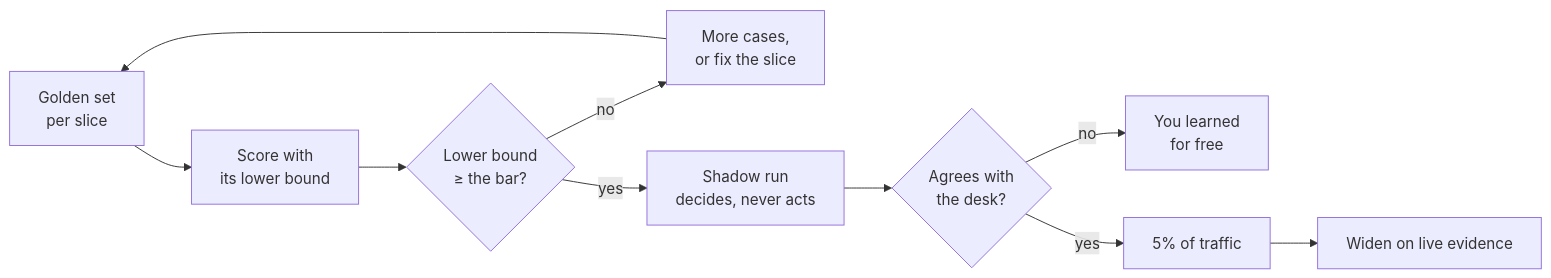
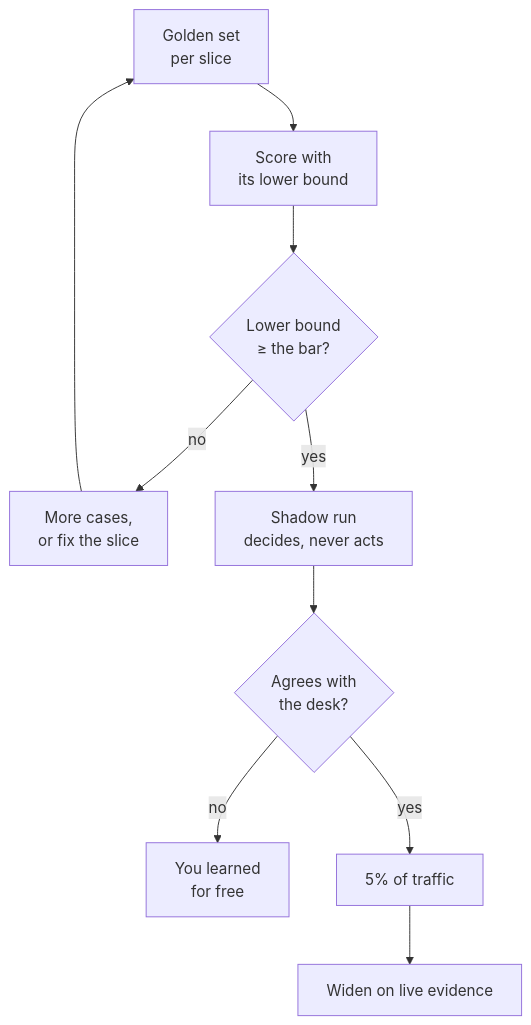
One commit to akash-coded/aws-bedrock-agentcore-strands changed the second of 2 diagrams in wiki/The-Eight-Loops.md. Above: the diagram before and after it, drawn with Mermaid. The commit also changed other lines of this file and 4 other files, not shown here.

First line of the commit message:
Five wiki diagrams were too wide to read on GitHub

````diff
--- a/wiki/The-Eight-Loops.md
+++ b/wiki/The-Eight-Loops.md
@@ -298,12 +298,12 @@
 ```mermaid
-flowchart LR
+flowchart TB
   A["Golden set<br/>per slice"] --> B["Score with<br/>its lower bound"]
   B --> C{"Lower bound<br/>≥ the bar?"}
   C -->|no| D["More cases,<br/>or fix the slice"]
   D --> A
   C -->|yes| E["Shadow run<br/>decides, never acts"]
   E --> F{"Agrees with<br/>the desk?"}
   F -->|no| G["You learned<br/>for free"]
   F -->|yes| H["5% of traffic"]
   H --> I["Widen on live evidence"]
 ```
````
